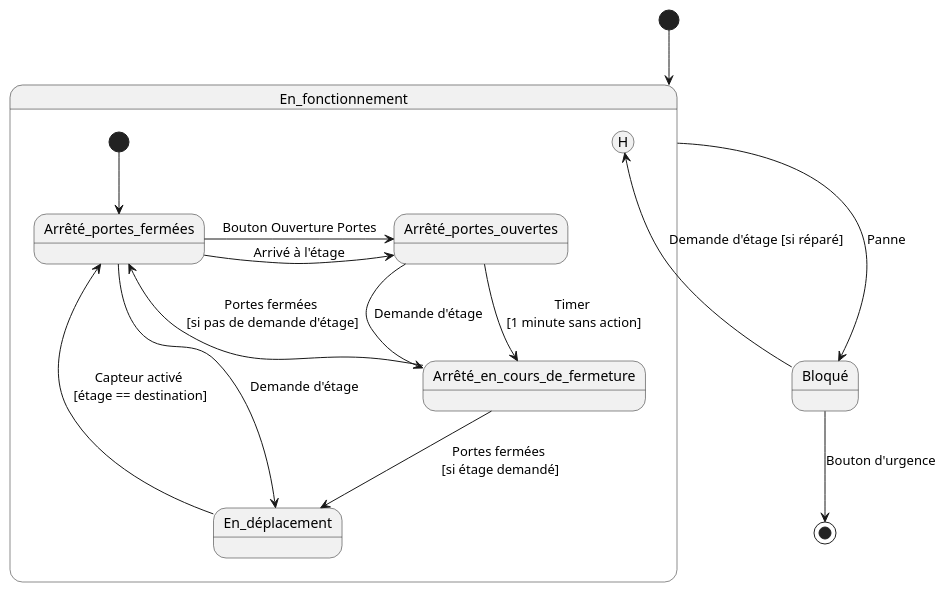
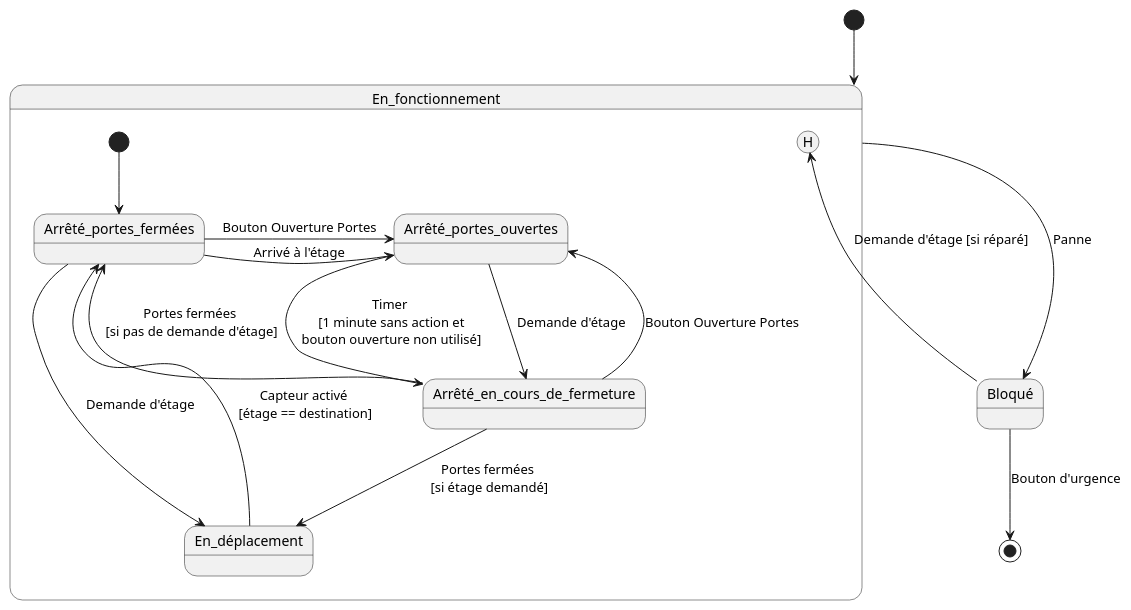
The diagram in uml/ascenseur.puml (pdl-classroom/uml-machine-etats-ascenseur-corrige), drawn with PlantUML before and after one commit. The commit also changed 1 other file, not shown here.

Commit message:
ajout de even. btn ouverture porte pendant la fermeture

```diff
--- a/uml/ascenseur.puml
+++ b/uml/ascenseur.puml
@@ -1,21 +1,22 @@
 @startuml
 [*] -down-> En_fonctionnement
 
 state En_fonctionnement {
     [*] --> Arrêté_portes_fermées
     Arrêté_portes_fermées -right-> Arrêté_portes_ouvertes : Bouton Ouverture Portes
     Arrêté_portes_fermées -right-> Arrêté_portes_ouvertes : Arrivé à l'étage
-    Arrêté_portes_ouvertes --> Arrêté_en_cours_de_fermeture : Timer\n [1 minute sans action]
+    Arrêté_portes_ouvertes --> Arrêté_en_cours_de_fermeture : Timer\n [1 minute sans action et\n bouton ouverture non utilisé]
     Arrêté_portes_ouvertes --> Arrêté_en_cours_de_fermeture : Demande d'étage
     Arrêté_en_cours_de_fermeture --> En_déplacement : Portes fermées\n [si étage demandé]
     Arrêté_en_cours_de_fermeture --> Arrêté_portes_fermées : Portes fermées\n [si pas de demande d'étage]
+    Arrêté_en_cours_de_fermeture --> Arrêté_portes_ouvertes : Bouton Ouverture Portes
     Arrêté_portes_fermées --> En_déplacement : Demande d'étage
     En_déplacement --> Arrêté_portes_fermées : Capteur activé\n [étage == destination]
 
 }
 
 En_fonctionnement --down-> Bloqué : Panne
 Bloqué --> En_fonctionnement[H] : Demande d'étage [si réparé]
 Bloqué --> [*] : Bouton d'urgence
 
 @enduml
```
